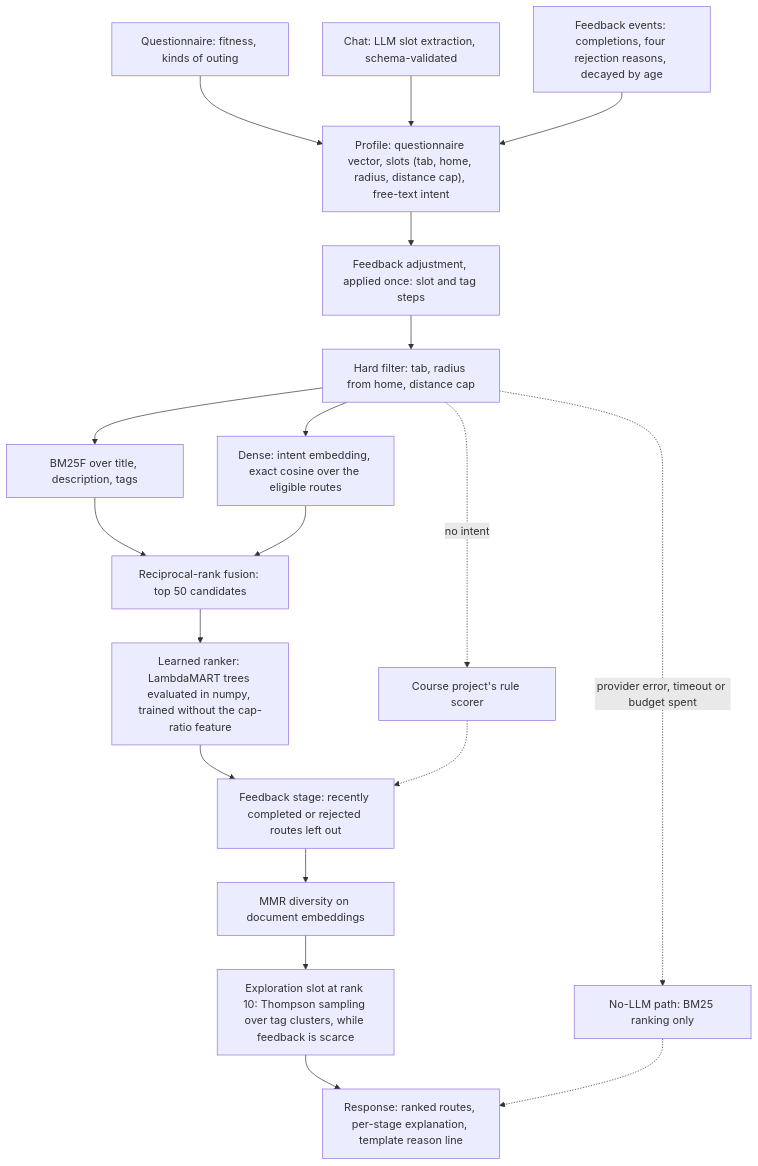
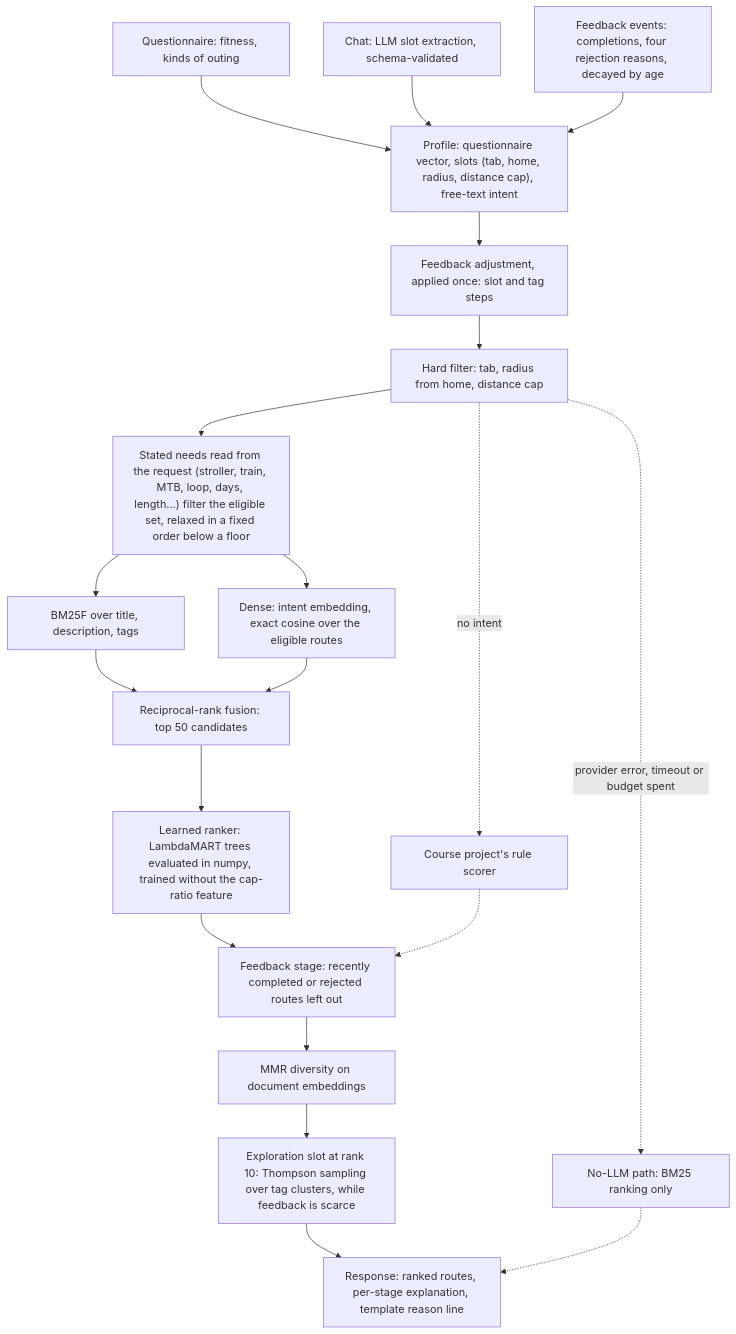
The diagram in README.md (tianhaogutum/llm_outdoor_rs_app), drawn with Mermaid before and after one commit. The commit also changed other lines of this file and 5 other files, not shown here.

````diff
--- a/README.md
+++ b/README.md
@@ -48,22 +50,23 @@
 ```mermaid
 flowchart TD
     Q["Questionnaire: fitness, kinds of outing"] --> P
     C["Chat: LLM slot extraction, schema-validated"] --> P
     FB["Feedback events: completions, four rejection reasons, decayed by age"] --> P
     P["Profile: questionnaire vector, slots (tab, home, radius, distance cap), free-text intent"] --> A
     A["Feedback adjustment, applied once: slot and tag steps"] --> H
-    H["Hard filter: tab, radius from home, distance cap"] --> B
-    H --> D
+    H["Hard filter: tab, radius from home, distance cap"] --> SN
+    SN["Stated needs read from the request (stroller, train, MTB, loop, days, length...) filter the eligible set, relaxed in a fixed order below a floor"] --> B
+    SN --> D
     B["BM25F over title, description, tags"] --> R
     D["Dense: intent embedding, exact cosine over the eligible routes"] --> R
     R["Reciprocal-rank fusion: top 50 candidates"] --> L
     L["Learned ranker: LambdaMART trees evaluated in numpy, trained without the cap-ratio feature"] --> S
     S["Feedback stage: recently completed or rejected routes left out"] --> M
     M["MMR diversity on document embeddings"] --> X
     X["Exploration slot at rank 10: Thompson sampling over tag clusters, while feedback is scarce"] --> E
     E["Response: ranked routes, per-stage explanation, template reason line"]
     H -.->|no intent| V["Course project's rule scorer"]
     V -.-> S
     H -.->|"provider error, timeout or budget spent"| N["No-LLM path: BM25 ranking only"]
     N -.-> E
 ```
````
